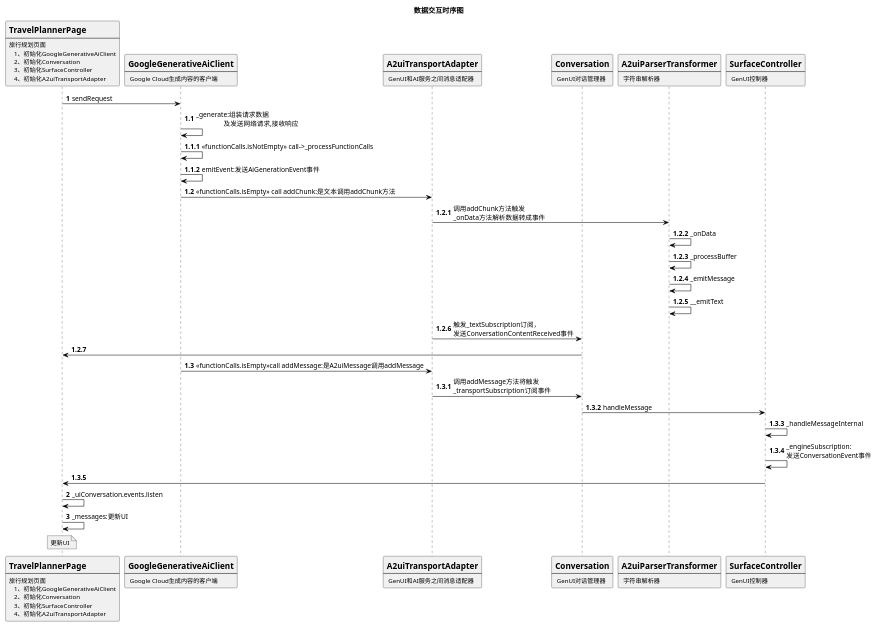
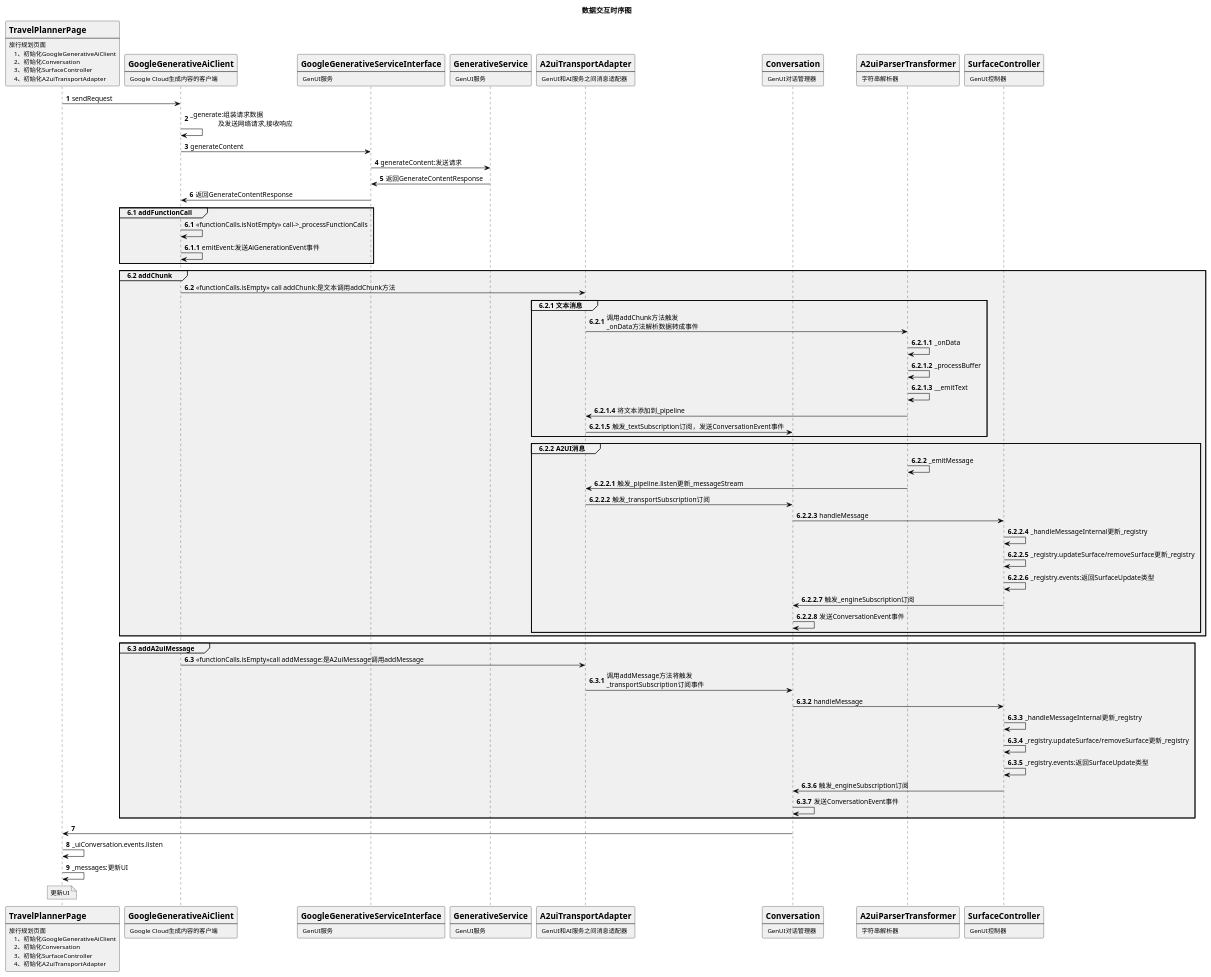
Before and after one commit to peihua8858/genui: the first of 2 diagrams in examples/travel_app/数据交互时序图.puml, drawn with PlantUML. The commit also changed 12 other files, not shown here.

Commit message:
增加测试数据 增加时序图

```diff
--- a/examples/travel_app/数据交互时序图.puml
+++ b/examples/travel_app/数据交互时序图.puml
@@ -1,110 +1,157 @@
 @startuml
 '数据交互时序图'
 'https://plantuml.com/sequence-diagram
 <style>
 element {
   BackGroundColor: #f0f0f0
 }
  sequenceDiagram {
     participant {
       FontColor: #000;
       FontSize: 12;
       FontStyle: normal;
       LineColor: #000;
       HorizontalAlignment: left;
     }
     note {
       FontColor: #000;
       FontSize: 12;
       FontStyle: normal;
     }
     arrow {
       FontColor: black;
       LineColor: black;
     }
   }
 </style>
 title 数据交互时序图
 skinparam sequenceMessageAlign left
 skinparam sequence right
 participant Page [
     = TravelPlannerPage
     ----
     旅行规划页面
        1、初始化GoogleGenerativeAiClient
        2、初始化Conversation
        3、初始化SurfaceController
        4、初始化A2uiTransportAdapter
 ]
 participant Client [
     = GoogleGenerativeAiClient
     ----
      Google Cloud生成内容的客户端
 ]
+participant GenerativeServiceInterface [
+    = GoogleGenerativeServiceInterface
+    ----
+     GenUI服务
+]
+participant GenerativeService [
+    = GenerativeService
+    ----
+     GenUI服务
+]
 participant Adapter [
     =A2uiTransportAdapter
     ----
      GenUI和AI服务之间消息适配器
 ]
 participant Conversation [
     =Conversation
     ----
      GenUI对话管理器
 ]
 participant Parser [
     =A2uiParserTransformer
     ----
      字符串解析器
 ]
 participant Controller [
     =SurfaceController
     ----
      GenUI控制器
 ]
 
 autonumber 1
 Page -> Client: sendRequest
-autonumber 1.1
+autonumber 2
 Client ->Client:_generate:组装请求数据\n\t\t及发送网络请求,接收响应
-autonumber 1.1.1
-Client ->Client:<<functionCalls.isNotEmpty>> call->_processFunctionCalls
-autonumber 1.1.2
-Client ->Client :emitEvent:发送AiGenerationEvent事件
-autonumber 1.2
-Client ->Adapter :<<functionCalls.isEmpty>> call addChunk:是文本调用addChunk方法
-autonumber 1.2.1
-Adapter->Parser:调用addChunk方法触发\n_onData方法解析数据转成事件
-autonumber 1.2.2
-Parser->Parser:_onData
-autonumber 1.2.3
-Parser->Parser:_processBuffer
-autonumber 1.2.4
-Parser->Parser:_emitMessage
-autonumber 1.2.5
-Parser->Parser:__emitText
-autonumber 1.2.6
-Adapter -> Conversation:触发_textSubscription订阅，\n发送ConversationContentReceived事件
-autonumber 1.2.7
+autonumber 3
+Client -> GenerativeServiceInterface: generateContent
+autonumber 4
+GenerativeServiceInterface -> GenerativeService:generateContent:发送请求
+autonumber 5
+GenerativeService -> GenerativeServiceInterface:返回GenerateContentResponse
+autonumber 6
+GenerativeServiceInterface -> Client:返回GenerateContentResponse
+group 6.1 addFunctionCall
+    autonumber 6.1
+    Client ->Client:<<functionCalls.isNotEmpty>> call->_processFunctionCalls
+    autonumber 6.1.1
+    Client ->Client :emitEvent:发送AiGenerationEvent事件
+end
+group 6.2 addChunk
+    autonumber 6.2
+    Client ->Adapter :<<functionCalls.isEmpty>> call addChunk:是文本调用addChunk方法
+    group 6.2.1 文本消息
+        autonumber 6.2.1
+        Adapter->Parser:调用addChunk方法触发\n_onData方法解析数据转成事件
+        autonumber 6.2.1.1
+        Parser->Parser:_onData
+        autonumber 6.2.1.2
+        Parser->Parser:_processBuffer
+        autonumber 6.2.1.3
+        Parser->Parser:__emitText
+        autonumber 6.2.1.4
+        Parser -> Adapter:将文本添加到_pipeline
+        autonumber 6.2.1.5
+        Adapter -> Conversation:触发_textSubscription订阅，发送ConversationEvent事件
+    end
+    group 6.2.2 A2UI消息
+        autonumber 6.2.2
+        Parser->Parser:_emitMessage
+        autonumber 6.2.2.1
+        Parser ->Adapter:触发_pipeline.listen更新_messageStream
+        autonumber 6.2.2.2
+        Adapter -> Conversation:触发_transportSubscription订阅
+        autonumber 6.2.2.3
+        Conversation-> Controller:handleMessage
+        autonumber 6.2.2.4
+        Controller -> Controller:_handleMessageInternal更新_registry
+        autonumber 6.2.2.5
+        Controller -> Controller:_registry.updateSurface/removeSurface更新_registry
+        autonumber 6.2.2.6
+        Controller -> Controller:_registry.events:返回SurfaceUpdate类型
+        autonumber 6.2.2.7
+        Controller -> Conversation:触发_engineSubscription订阅
+        autonumber 6.2.2.8
+        Conversation -> Conversation:发送ConversationEvent事件
+    end
+end
+group 6.3 addA2uiMessage
+    autonumber 6.3
+    Client ->Adapter :<<functionCalls.isEmpty>>call addMessage:是A2uiMessage调用addMessage
+    autonumber 6.3.1
+    Adapter->Conversation:调用addMessage方法将触发\n_transportSubscription订阅事件
+    autonumber 6.3.2
+    Conversation->Controller:handleMessage
+    autonumber 6.3.3
+    Controller->Controller:_handleMessageInternal更新_registry
+    autonumber 6.3.4
+    Controller -> Controller:_registry.updateSurface/removeSurface更新_registry
+    autonumber 6.3.5
+    Controller -> Controller:_registry.events:返回SurfaceUpdate类型
+    autonumber 6.3.6
+    Controller -> Conversation:触发_engineSubscription订阅
+    autonumber 6.3.7
+    Conversation -> Conversation:发送ConversationEvent事件
+end
+autonumber 7
 Conversation-> Page
-autonumber inc A
-
-autonumber 1.3
-Client ->Adapter :<<functionCalls.isEmpty>>call addMessage:是A2uiMessage调用addMessage
-autonumber 1.3.1
-Adapter->Conversation:调用addMessage方法将触发\n_transportSubscription订阅事件
-autonumber 1.3.2
-Conversation->Controller:handleMessage
-autonumber 1.3.3
-Controller->Controller:_handleMessageInternal
-autonumber 1.3.4
-Controller->Controller:_engineSubscription:\n发送ConversationEvent事件
-autonumber 1.3.5
-Controller->Page
-
-autonumber 2
+autonumber 8
 Page -> Page:_uiConversation.events.listen
-autonumber 3
+autonumber 9
 Page -> Page:_messages:更新UI
 note over Page :更新UI
 
 @enduml
```
